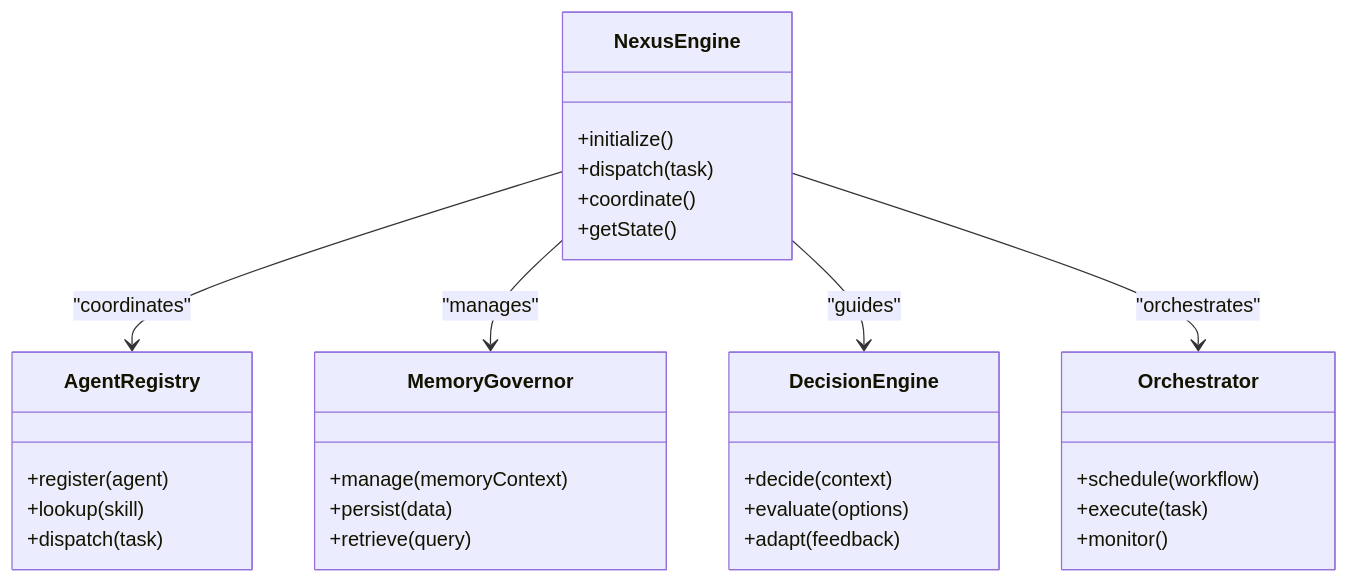
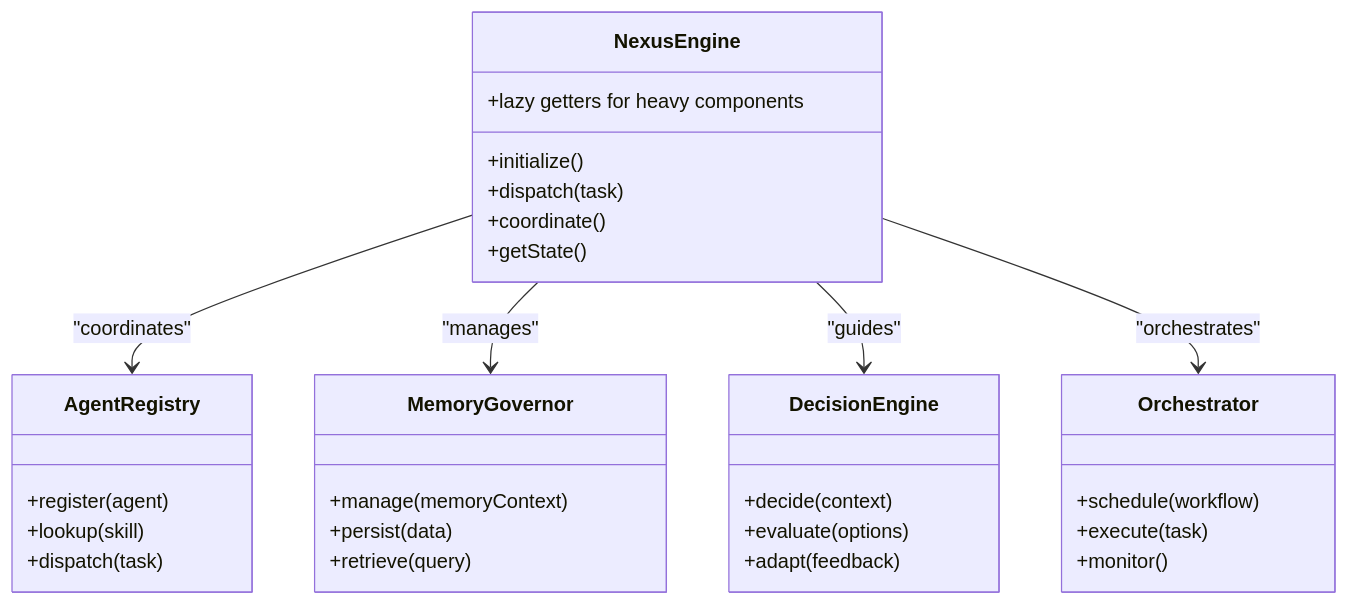
Before and after one commit to Faisal-Trainer/Human-AI-Nexus: the third of 16 diagrams in .qoder/repowiki/en/content/Core Architecture/Core Architecture.md, drawn with Mermaid. The commit also changed other lines of this file and 21 other files, not shown here.

````diff
--- a/.qoder/repowiki/en/content/Core Architecture/Core Architecture.md
+++ b/.qoder/repowiki/en/content/Core Architecture/Core Architecture.md
@@ -212,33 +245,34 @@
 ```mermaid
 classDiagram
 class NexusEngine {
 +initialize()
 +dispatch(task)
 +coordinate()
 +getState()
++lazy getters for heavy components
 }
 class AgentRegistry {
 +register(agent)
 +lookup(skill)
 +dispatch(task)
 }
 class MemoryGovernor {
 +manage(memoryContext)
 +persist(data)
 +retrieve(query)
 }
 class DecisionEngine {
 +decide(context)
 +evaluate(options)
 +adapt(feedback)
 }
 class Orchestrator {
 +schedule(workflow)
 +execute(task)
 +monitor()
 }
 NexusEngine --> AgentRegistry : "coordinates"
 NexusEngine --> MemoryGovernor : "manages"
 NexusEngine --> DecisionEngine : "guides"
 NexusEngine --> Orchestrator : "orchestrates"
 ```
````
